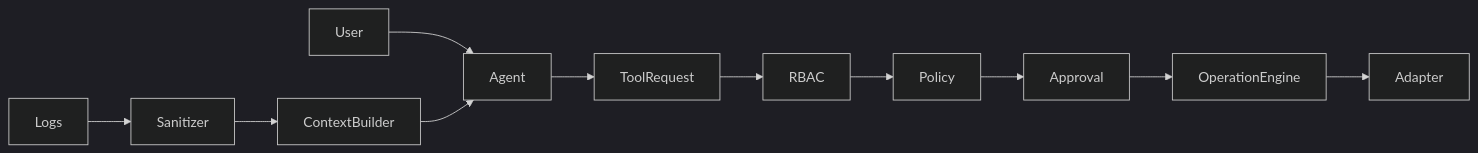
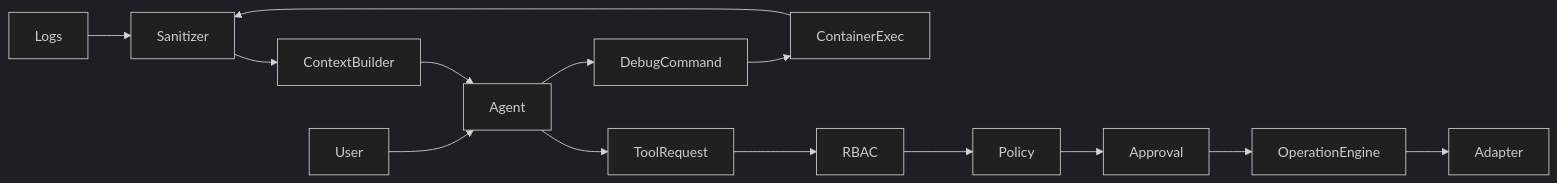
Before and after one commit to thiagomontozo/infra-orchestrator: the diagram in docs/AGENT_SECURITY.md, drawn with Mermaid (dark theme). The commit also changed other lines of this file and 46 other files, not shown here.

````diff
--- a/docs/AGENT_SECURITY.md
+++ b/docs/AGENT_SECURITY.md
@@ -3,13 +3,16 @@
 ```mermaid
 flowchart LR
     Logs --> Sanitizer
     Sanitizer --> ContextBuilder
     User --> Agent
     ContextBuilder --> Agent
+    Agent --> DebugCommand
+    DebugCommand --> ContainerExec
+    ContainerExec --> Sanitizer
     Agent --> ToolRequest
     ToolRequest --> RBAC
     RBAC --> Policy
     Policy --> Approval
     Approval --> OperationEngine
     OperationEngine --> Adapter
 ```
````
